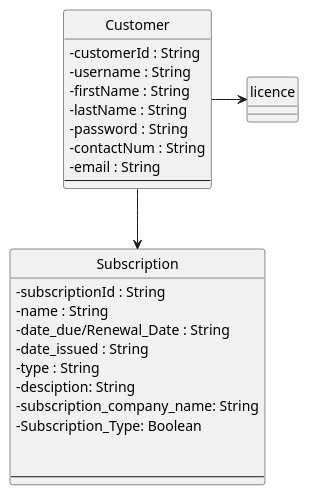
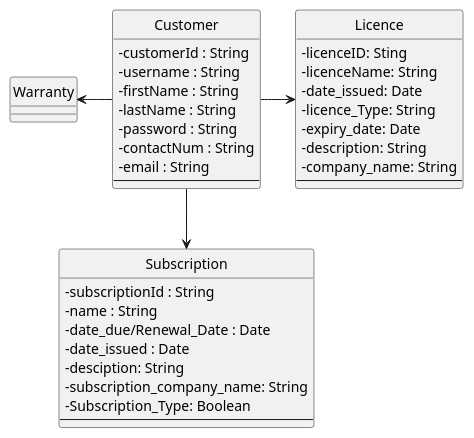
One commit to 62firelight/SubTrack changed the diagram in diagrams/domainClassDiagram.puml. Above: the diagram before and after it, drawn with PlantUML.

Commit message:
inclusion of licence class attributes and warranty class(both for discussion with Luke)

```diff
--- a/diagrams/domainClassDiagram.puml
+++ b/diagrams/domainClassDiagram.puml
@@ -1,57 +1,64 @@
 @startuml
 
 skinparam {
     Style strictuml
     RoundCorner 5
     ' use characters instead of icons for showing visibility
     ClassAttributeIconSize 0
     Database {
 	' the default border no longer matches the normal colours (bug?), so fix this
 	BorderColor #A80036
     }
     Sequence {
 	' make activations yellow too
 	LifeLineBackgroundColor #FDFDCD
 
 	' make stereotypes less ugly
 	Stereotype {
 		Font {
 			Size 11
 			Style plain
 		}
 	}
     }
 }
  
 class "Customer" as customer {
     -customerId : String
     -username : String
     -firstName : String
     -lastName : String
     -password : String
     -contactNum : String
     -email : String
     '-card_details? 
   --
 }
 
 class "Subscription" as sub {
     -subscriptionId : String
     -name : String
-    -date_due/Renewal_Date : String
-    -date_issued : String
-    -type : String
+    -date_due/Renewal_Date : Date
+    -date_issued : Date
     -desciption: String
     -subscription_company_name: String
     -Subscription_Type: Boolean
-    
-    
   --
 }
  
 
- 
+class "Licence" as licence {
+  -licenceID: Sting
+  -licenceName: String
+  -date_issued: Date
+  -licence_Type: String
+  -expiry_date: Date
+  -description: String
+  -company_name: String
+ --
+ }
 customer -down-> sub
 customer -right-> licence
+customer -left-> Warranty
 
 @enduml
```
